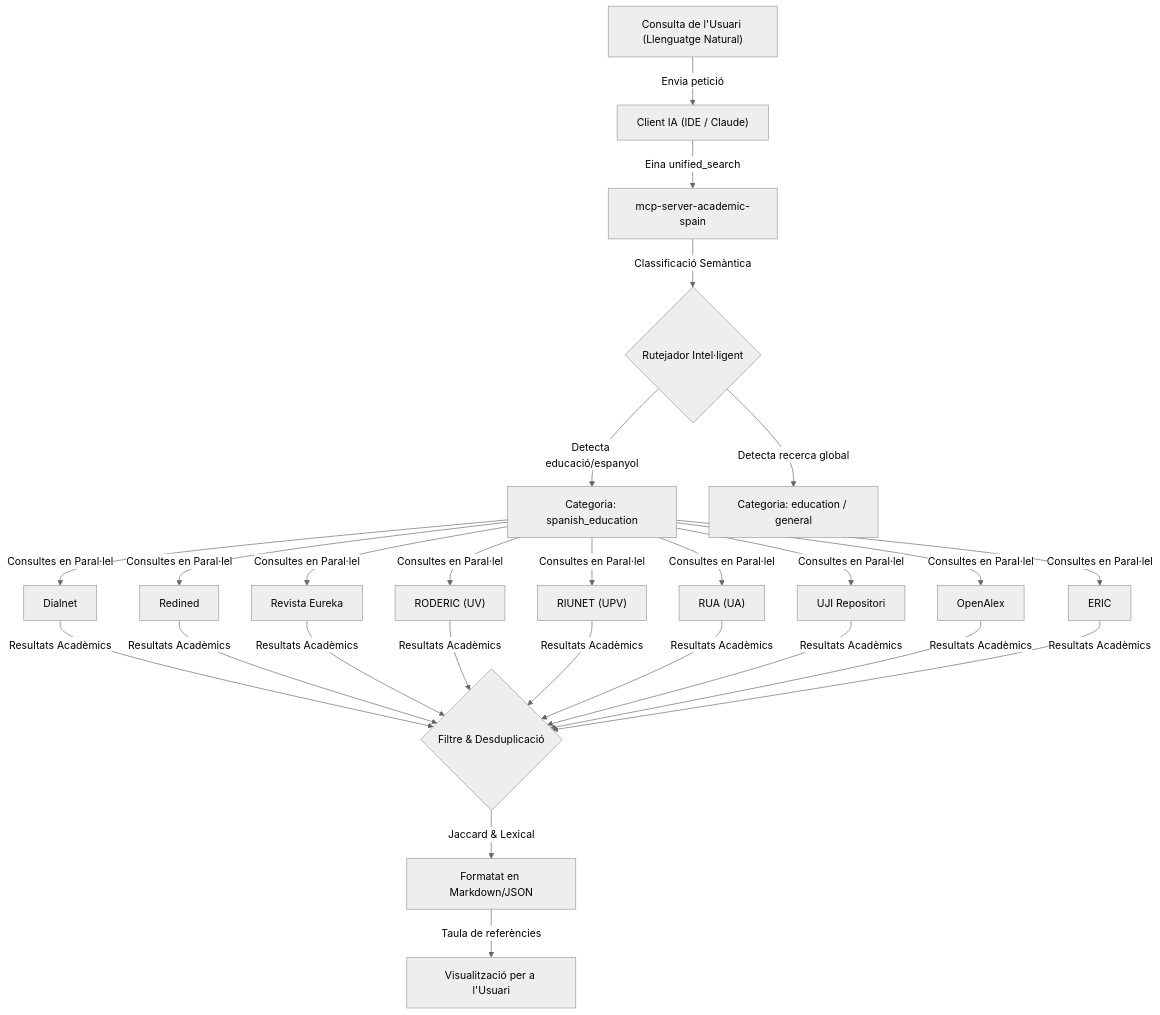
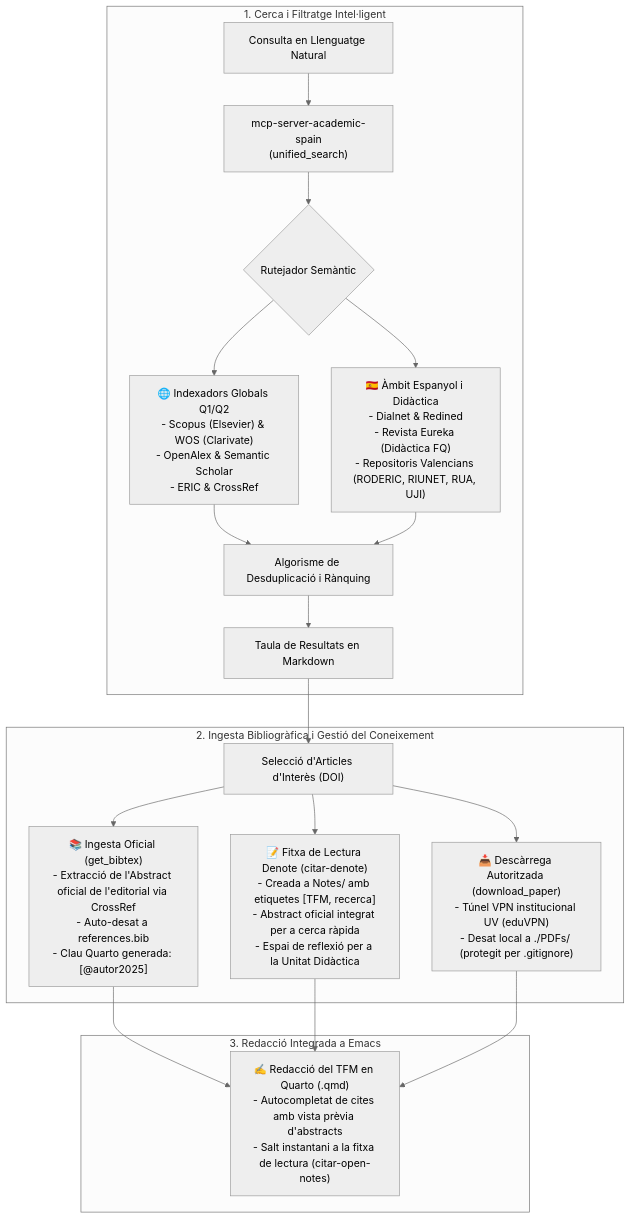
One commit to CasimirVictoria/TFM-Secundaria_FiQ_PC_Jupyter_Sagemath changed the diagram in exemple_us_mcp.md. Above: the diagram before and after it, drawn with Mermaid (neutral theme). The commit also changed other lines of this file, not shown here.

Commit message:
doc: sintetitzar el diagrama de flux del MCP per blocs de fonts i integrar el cicle complet de BibTeX, Denote i Quarto

````diff
--- a/exemple_us_mcp.md
+++ b/exemple_us_mcp.md
@@ -22,25 +22,24 @@
 ```mermaid
-graph TD
-    UserQuery["Consulta de l'Usuari (Llenguatge Natural)"] --> |Envia petició| Client["Client IA (IDE / Claude)"]
-    Client --> |Eina unified_search| MCP["mcp-server-academic-spain"]
-    
-    MCP --> |Classificació Semàntica| Router{"Rutejador Intel·ligent"}
-    
-    Router -->|Detecta educació/espanyol| CatEdu["Categoria: spanish_education"]
-    Router -->|Detecta recerca global| CatGlob["Categoria: education / general"]
-    
-    CatEdu --> |Consultes en Paral·lel| Dialnet["Dialnet"]
-    CatEdu --> |Consultes en Paral·lel| Redined["Redined"]
-    CatEdu --> |Consultes en Paral·lel| Eureka["Revista Eureka"]
-    CatEdu --> |Consultes en Paral·lel| Roderic["RODERIC (UV)"]
-    CatEdu --> |Consultes en Paral·lel| Riunet["RIUNET (UPV)"]
-    CatEdu --> |Consultes en Paral·lel| Rua["RUA (UA)"]
-    CatEdu --> |Consultes en Paral·lel| Uji["UJI Repositori"]
-    CatEdu --> |Consultes en Paral·lel| OpenAlex["OpenAlex"]
-    CatEdu --> |Consultes en Paral·lel| ERIC["ERIC"]
-    
-    Dialnet & Redined & Eureka & Roderic & Riunet & Rua & Uji & OpenAlex & ERIC --> |Resultats Acadèmics| Dedup{"Filtre & Desduplicació"}
-    
-    Dedup --> |Jaccard & Lexical| Format["Formatat en Markdown/JSON"]
-    Format --> |Taula de referències| User["Visualització per a l'Usuari"]
+flowchart TD
+    subgraph Fase1 ["1. Cerca i Filtratge Intel·ligent"]
+        Query["Consulta en Llenguatge Natural"] --> MCP["mcp-server-academic-spain\n(unified_search)"]
+        MCP --> Router{"Rutejador Semàntic"}
+        
+        Router --> Global["🌐 Indexadors Globals Q1/Q2\n- Scopus (Elsevier) & WOS (Clarivate)\n- OpenAlex & Semantic Scholar\n- ERIC & CrossRef"]
+        Router --> Espanyol["🇪🇸 Àmbit Espanyol i Didàctica\n- Dialnet & Redined\n- Revista Eureka (Didàctica FQ)\n- Repositoris Valencians (RODERIC, RIUNET, RUA, UJI)"]
+        
+        Global & Espanyol --> Dedup["Algorisme de Desduplicació i Rànquing"]
+        Dedup --> Results["Taula de Resultats en Markdown"]
+    end
+
+    subgraph Fase2 ["2. Ingesta Bibliogràfica i Gestió del Coneixement"]
+        Results --> Select["Selecció d'Articles d'Interès (DOI)"]
+        Select --> Bib["📚 Ingesta Oficial (get_bibtex)\n- Extracció de l'Abstract oficial de l'editorial via CrossRef\n- Auto-desat a references.bib\n- Clau Quarto generada: [@autor2025]"]
+        Select --> Note["📝 Fitxa de Lectura Denote (citar-denote)\n- Creada a Notes/ amb etiquetes [TFM, recerca]\n- Abstract oficial integrat per a cerca ràpida\n- Espai de reflexió per a la Unitat Didàctica"]
+        Select --> VPN["📥 Descàrrega Autoritzada (download_paper)\n- Túnel VPN institucional UV (eduVPN)\n- Desat local a ./PDFs/ (protegit per .gitignore)"]
+    end
+
+    subgraph Fase3 ["3. Redacció Integrada a Emacs"]
+        Bib & Note & VPN --> Emacs["✍️ Redacció del TFM en Quarto (.qmd)\n- Autocompletat de cites amb vista prèvia d'abstracts\n- Salt instantani a la fitxa de lectura (citar-open-notes)"]
+    end
 ```
````
